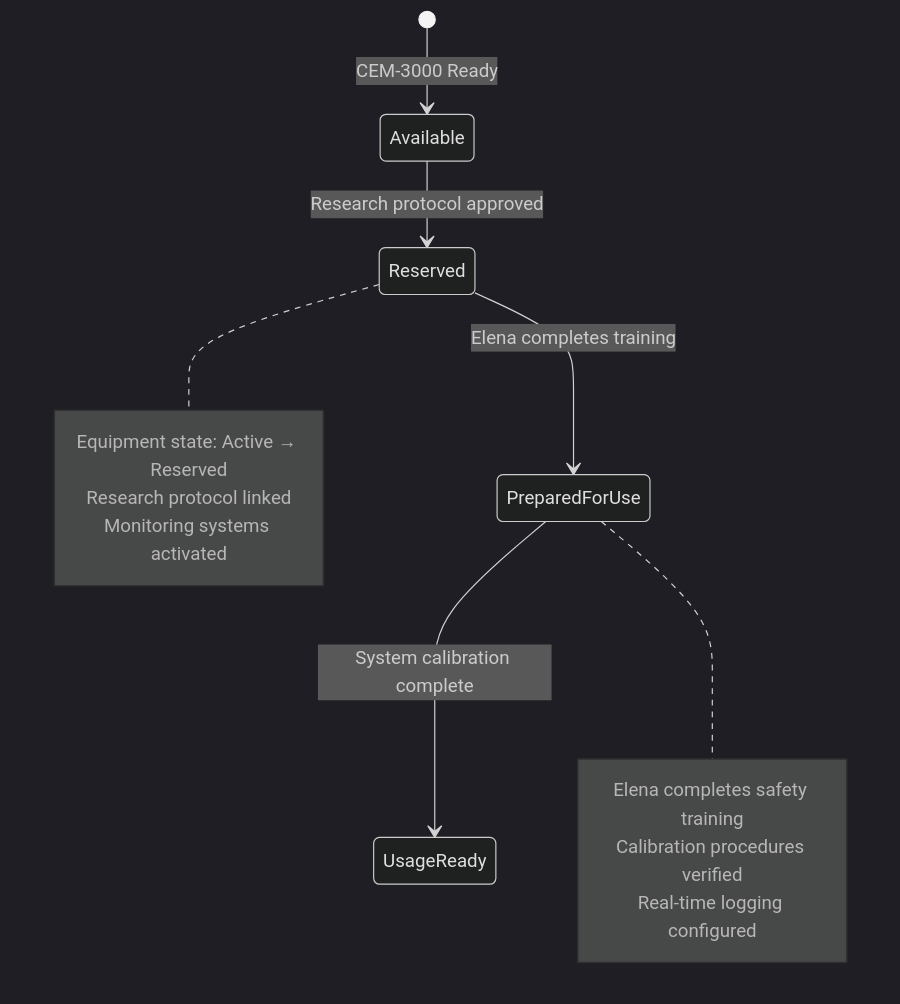
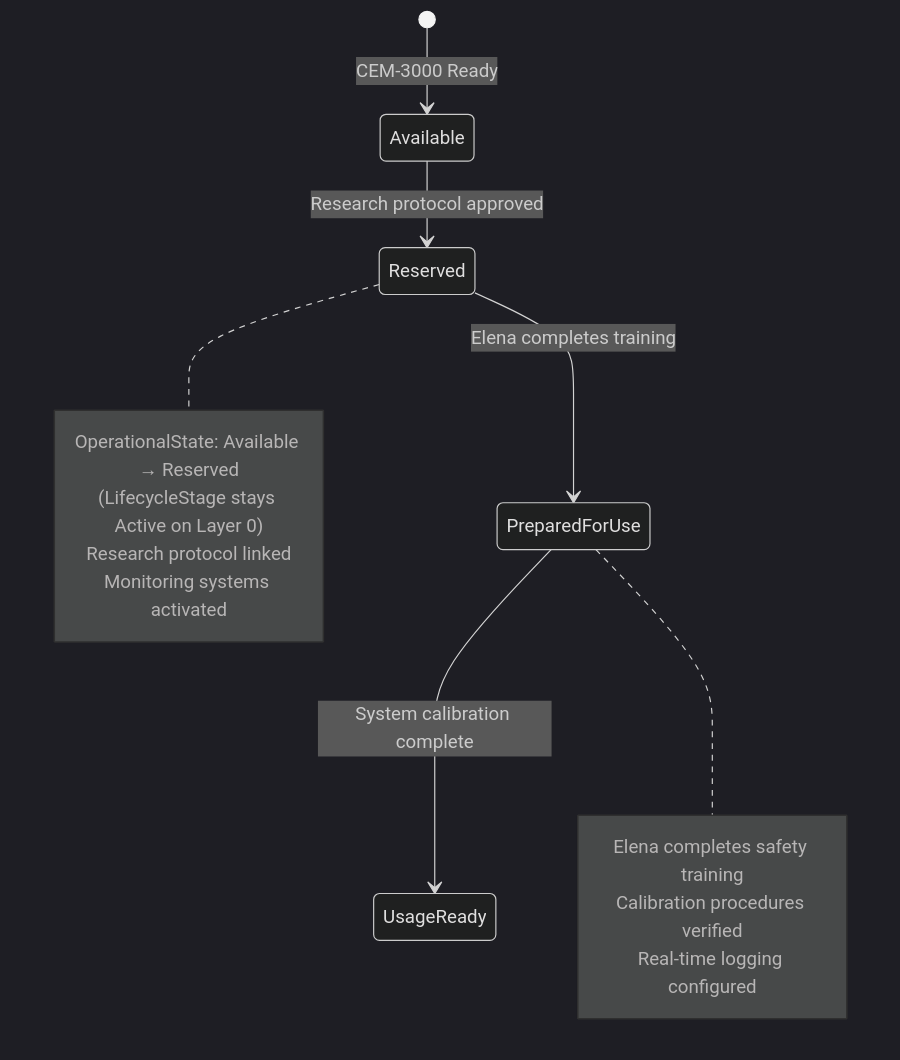
One commit to Sensorica/nondominium changed the fifth of 11 diagrams in documentation/Applications/user-story/user-story-open-science.md. Above: the diagram before and after it, drawn with Mermaid (dark theme). The commit also changed other lines of this file and 99 other files, not shown here.

````diff
--- a/documentation/Applications/user-story/user-story-open-science.md
+++ b/documentation/Applications/user-story/user-story-open-science.md
@@ -161,19 +176,20 @@
 ```mermaid
 stateDiagram-v2
     [*] --> Available: CEM-3000 Ready
     Available --> Reserved: Research protocol approved
     Reserved --> PreparedForUse: Elena completes training
     PreparedForUse --> UsageReady: System calibration complete
 
     note right of Reserved
-        Equipment state: Active → Reserved
+        OperationalState: Available → Reserved
+        (LifecycleStage stays Active on Layer 0)
         Research protocol linked
         Monitoring systems activated
     end note
 
     note right of PreparedForUse
         Elena completes safety training
         Calibration procedures verified
         Real-time logging configured
     end note
 ```
````
